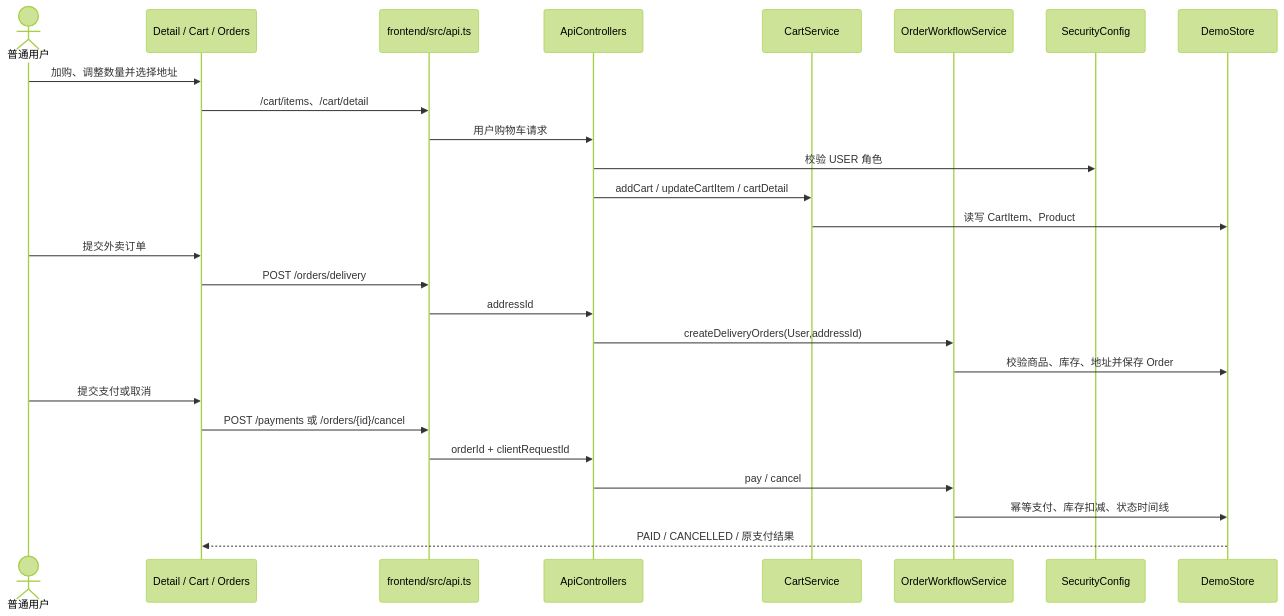
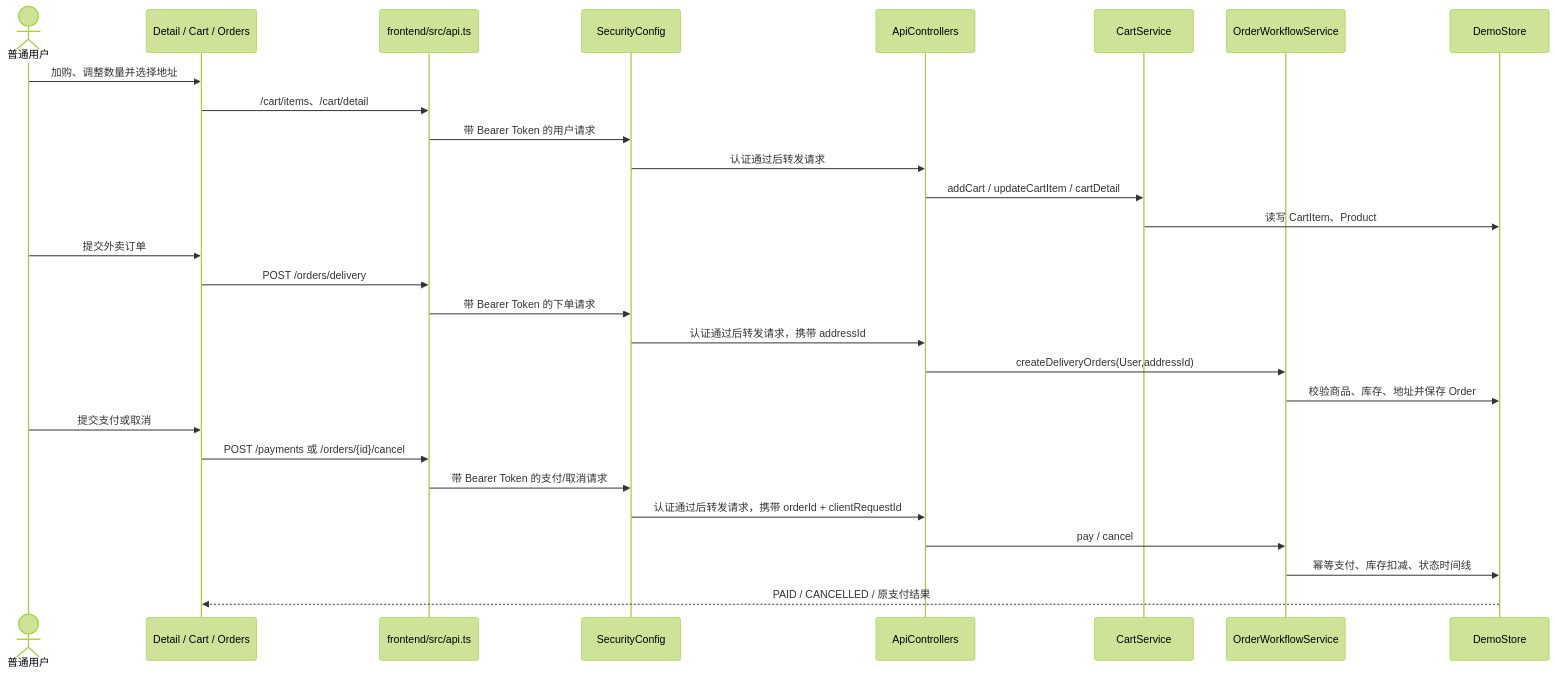
The second of 3 diagrams in docs/diagrams/d03/CR-03-三层模型.md (daihao007/Lumalife), drawn with Mermaid (forest theme) before and after one commit. The commit also changed other lines of this file and 25 other files, not shown here.

````diff
--- a/docs/diagrams/d03/CR-03-三层模型.md
+++ b/docs/diagrams/d03/CR-03-三层模型.md
@@ -24,28 +33,30 @@
 ```mermaid
 sequenceDiagram
     actor User as 普通用户
     participant UI as Detail / Cart / Orders
     participant API as frontend/src/api.ts
+    participant Security as SecurityConfig
     participant Ctrl as ApiControllers
     participant Cart as CartService
     participant Order as OrderWorkflowService
-    participant Security as SecurityConfig
     participant Store as DemoStore
     User->>UI: 加购、调整数量并选择地址
     UI->>API: /cart/items、/cart/detail
-    API->>Ctrl: 用户购物车请求
-    Ctrl->>Security: 校验 USER 角色
+    API->>Security: 带 Bearer Token 的用户请求
+    Security->>Ctrl: 认证通过后转发请求
     Ctrl->>Cart: addCart / updateCartItem / cartDetail
     Cart->>Store: 读写 CartItem、Product
     User->>UI: 提交外卖订单
     UI->>API: POST /orders/delivery
-    API->>Ctrl: addressId
+    API->>Security: 带 Bearer Token 的下单请求
+    Security->>Ctrl: 认证通过后转发请求，携带 addressId
     Ctrl->>Order: createDeliveryOrders(User,addressId)
     Order->>Store: 校验商品、库存、地址并保存 Order
     User->>UI: 提交支付或取消
     UI->>API: POST /payments 或 /orders/{id}/cancel
-    API->>Ctrl: orderId + clientRequestId
+    API->>Security: 带 Bearer Token 的支付/取消请求
+    Security->>Ctrl: 认证通过后转发请求，携带 orderId + clientRequestId
     Ctrl->>Order: pay / cancel
     Order->>Store: 幂等支付、库存扣减、状态时间线
     Store-->>UI: PAID / CANCELLED / 原支付结果
 ```
````
